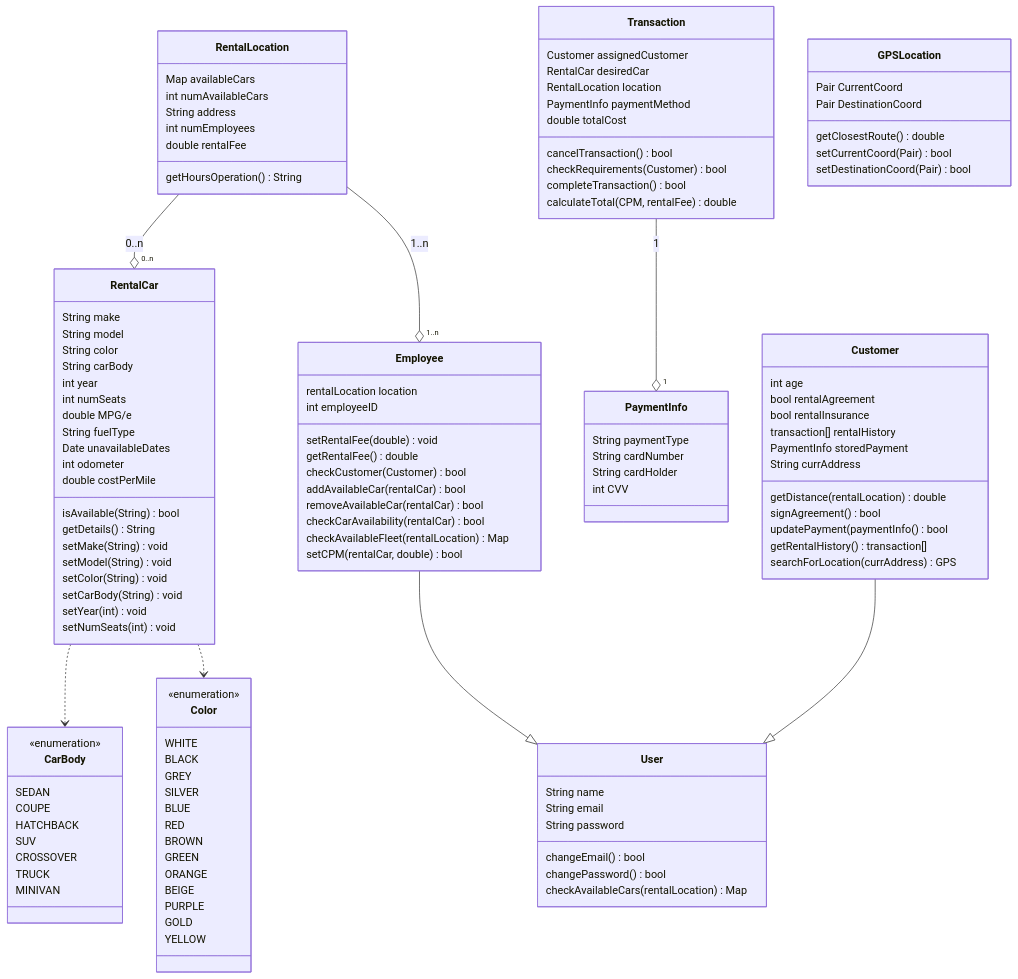
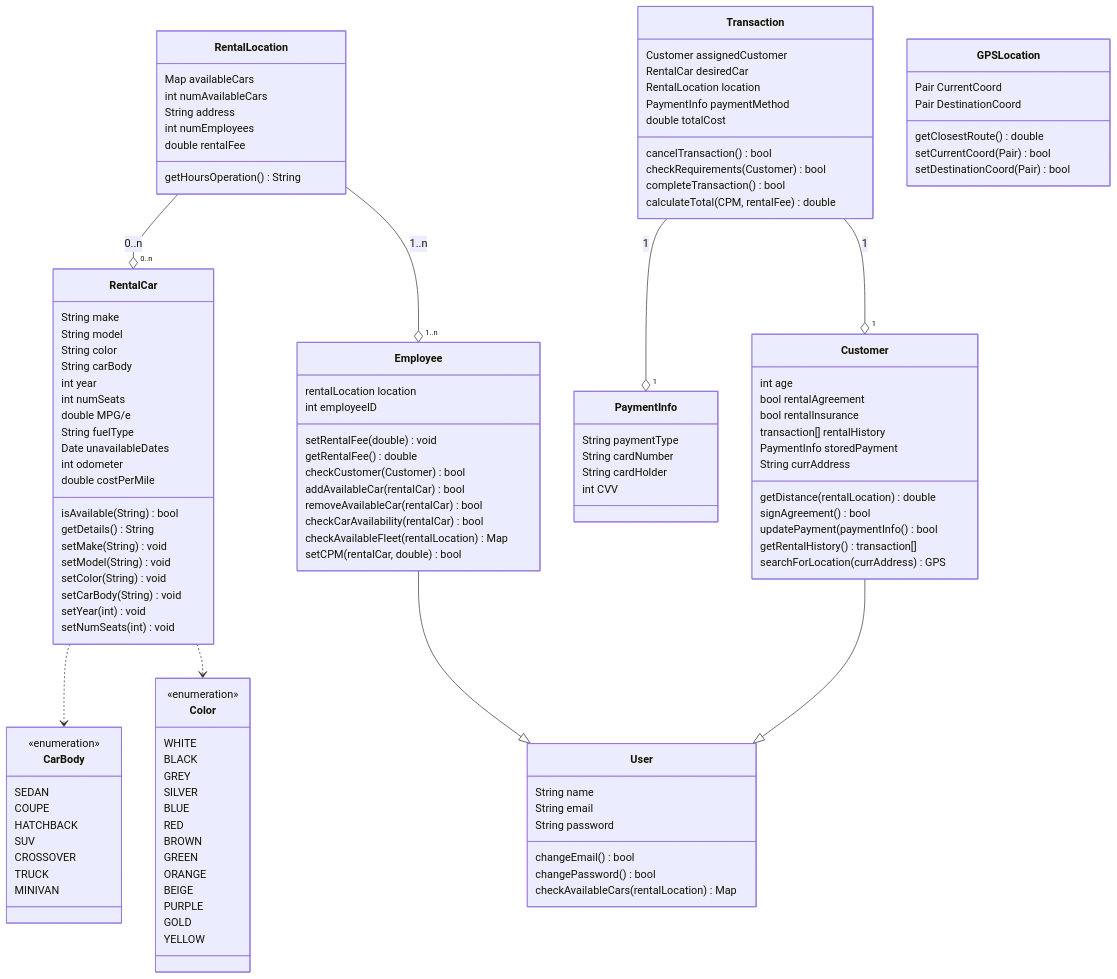
The diagram in UML Car Rental.md (bczuniga/CS250-Sp23-Group13), drawn with Mermaid before and after one commit.

Commit message:
Added Aggregation

```diff
--- a/UML Car Rental.md
+++ b/UML Car Rental.md
@@ -10,6 +10,7 @@
     RentalLocation --o "0..n" RentalCar : 0..n
     RentalLocation --o "1..n" Employee : 1..n
     Transaction --o "1" PaymentInfo : 1
+    Transaction --o "1" Customer : 1
     Customer --|> User
     Employee --|> User
     
```
